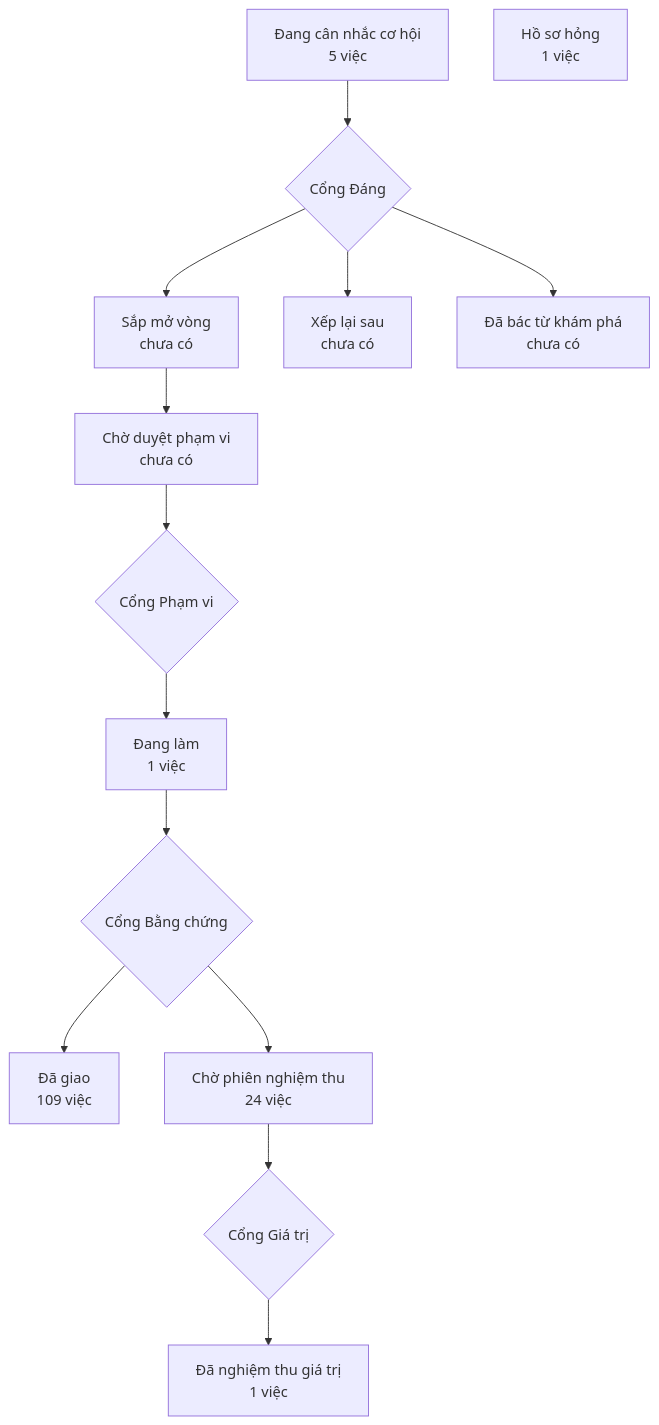
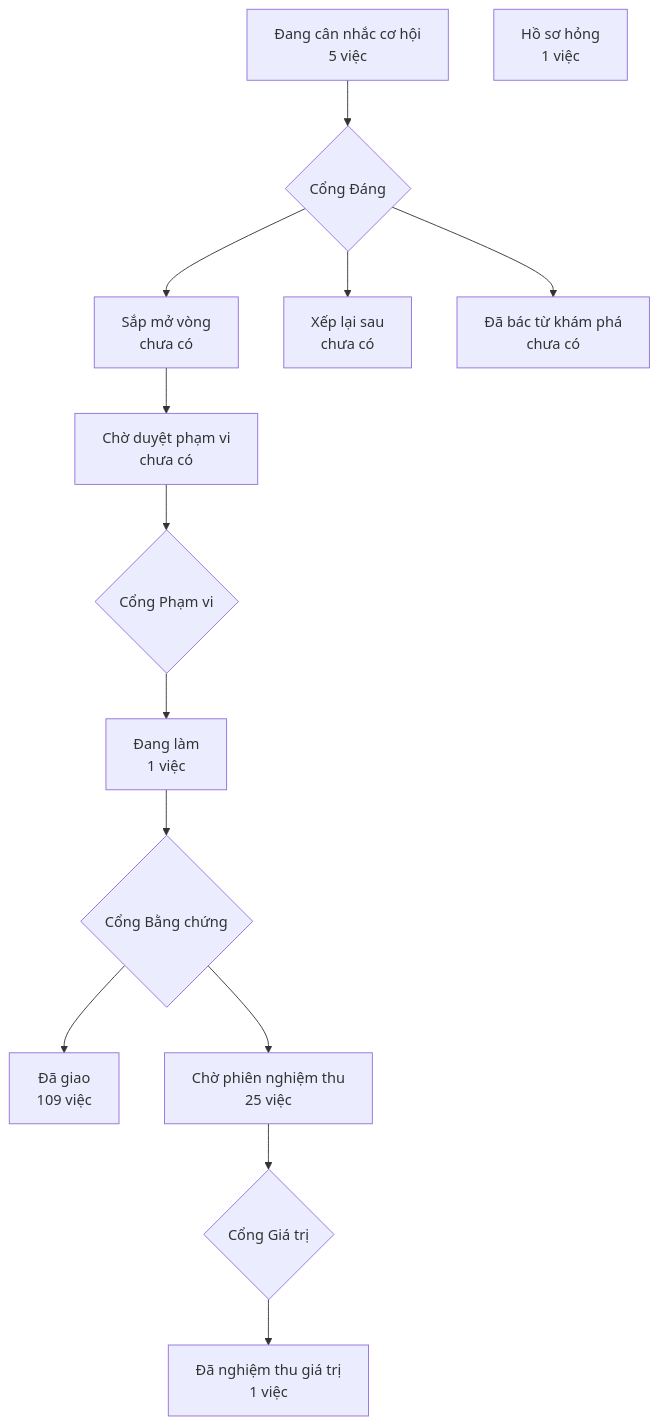
One commit to phanlemanh/crm-onehub changed the diagram in PRODUCT-MAP.md. Above: the diagram before and after it, drawn with Mermaid. The commit also changed other lines of this file and 3 other files, not shown here.

````diff
--- a/PRODUCT-MAP.md
+++ b/PRODUCT-MAP.md
@@ -6,13 +6,13 @@
 ```mermaid
 flowchart TD
   A["Đang cân nhắc cơ hội<br/>5 việc"] --> GD{"Cổng Đáng"}
   GD --> B["Sắp mở vòng<br/>chưa có"]
   GD --> XL["Xếp lại sau<br/>chưa có"]
   GD --> DB["Đã bác từ khám phá<br/>chưa có"]
   B --> CD["Chờ duyệt phạm vi<br/>chưa có"] --> GP{"Cổng Phạm vi"}
   GP --> DL["Đang làm<br/>1 việc"] --> GB{"Cổng Bằng chứng"}
   GB --> DG["Đã giao<br/>109 việc"]
-  GB --> CN["Chờ phiên nghiệm thu<br/>24 việc"] --> GG{"Cổng Giá trị"}
+  GB --> CN["Chờ phiên nghiệm thu<br/>25 việc"] --> GG{"Cổng Giá trị"}
   GG --> NT["Đã nghiệm thu giá trị<br/>1 việc"]
   HS["Hồ sơ hỏng<br/>1 việc"]
 ```
````
